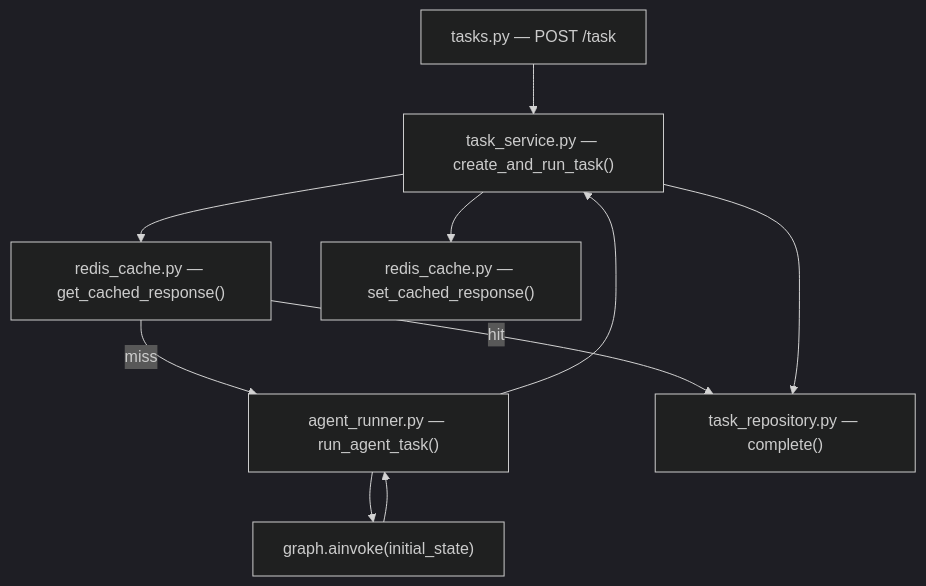
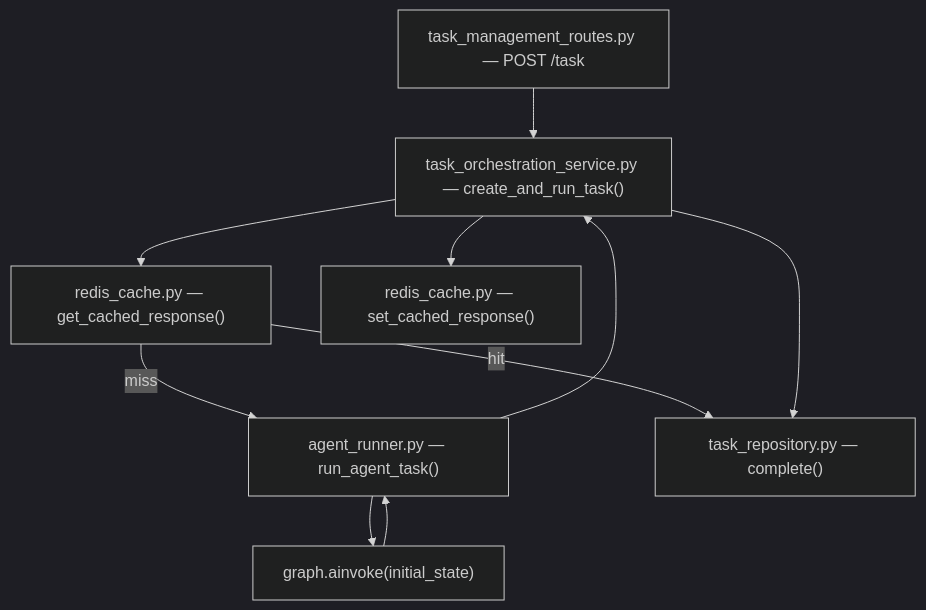
Before and after one commit to shonhazan123/tufin_chat_agent: the second of 4 diagrams in docs/02-api-app/02-code-design.md, drawn with Mermaid (dark theme). The commit also changed 27 other files, not shown here.

````diff
--- a/docs/02-api-app/02-code-design.md
+++ b/docs/02-api-app/02-code-design.md
@@ -26,20 +26,20 @@
 ```mermaid
 flowchart TD
-    Route["tasks.py — POST /task"]
-    Service["task_service.py — create_and_run_task()"]
+    Route["task_management_routes.py — POST /task"]
+    Service["task_orchestration_service.py — create_and_run_task()"]
     Cache["redis_cache.py — get_cached_response()"]
     Runner["agent_runner.py — run_agent_task()"]
     Graph["graph.ainvoke(initial_state)"]
     Repo["task_repository.py — complete()"]
     SetCache["redis_cache.py — set_cached_response()"]
 
     Route --> Service
     Service --> Cache
     Cache -->|"hit"| Repo
     Cache -->|"miss"| Runner
     Runner --> Graph
     Graph --> Runner
     Runner --> Service
     Service --> Repo
     Service --> SetCache
 ```
````
